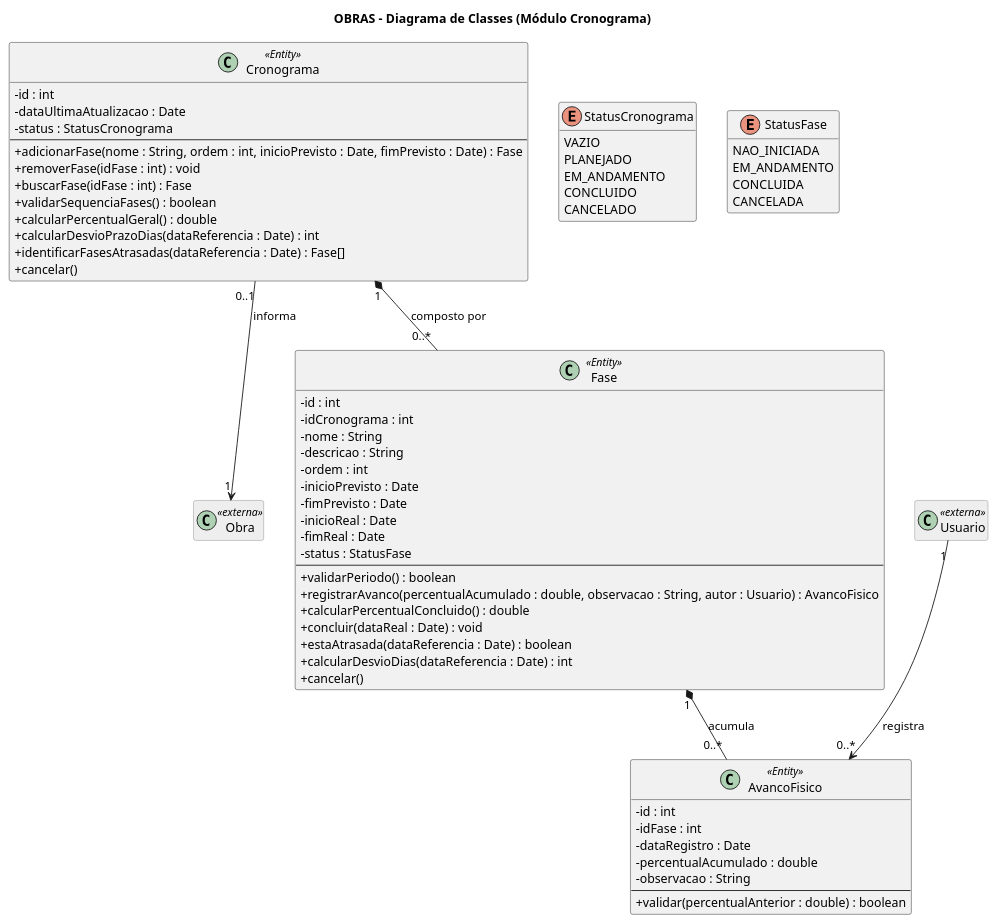
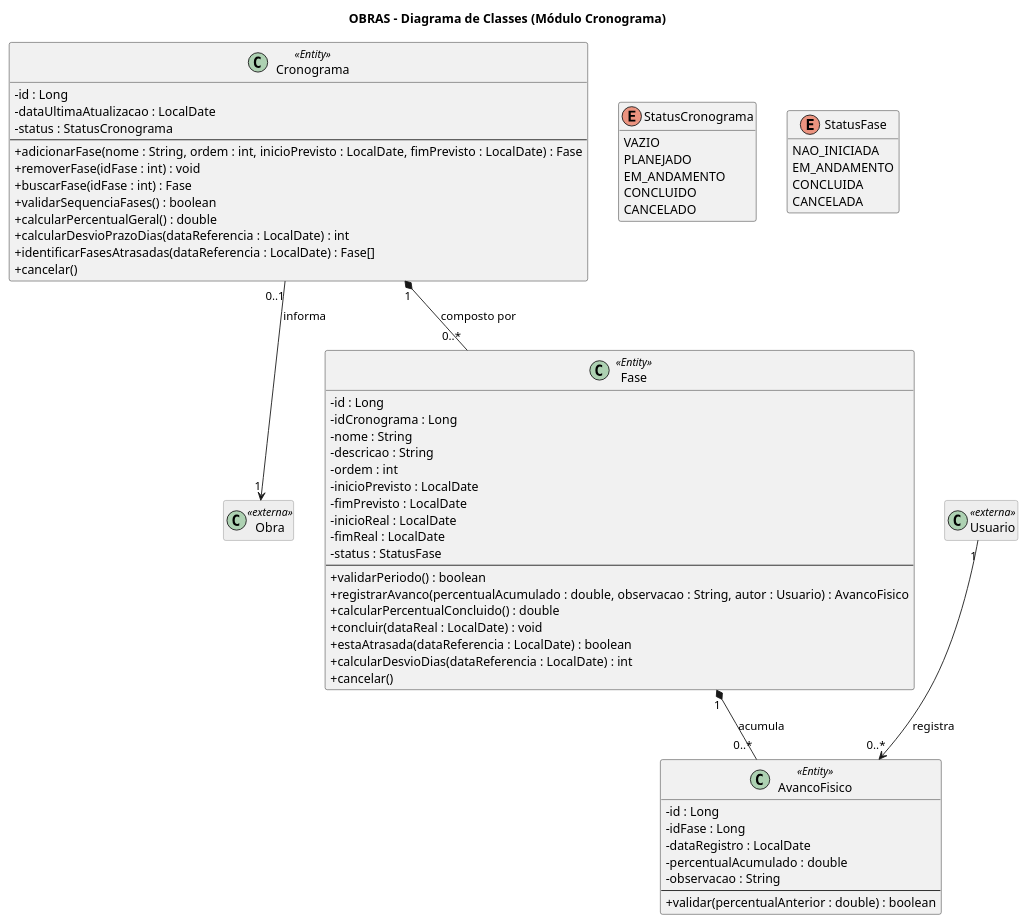
Before and after one commit to bernardoanobrega/oBRAS: the diagram in Diagramas de classe/Modulo_Cronograma/analysis-cronograma.puml, drawn with PlantUML.

Commit message:
docs(cronograma): ajuste do diagrama de classes
Id: int --> Long
Datas: Date --> LocalDate

```diff
--- a/Diagramas de classe/Modulo_Cronograma/analysis-cronograma.puml
+++ b/Diagramas de classe/Modulo_Cronograma/analysis-cronograma.puml
@@ -1,83 +1,83 @@
 @startuml cronograma-class-diagram
 title OBRAS - Diagrama de Classes (Módulo Cronograma)
 
 skinparam classAttributeIconSize 0
 skinparam ClassFontSize 14
 skinparam classBackgroundColor<<externa>> #EEEEEE
 skinparam classBorderColor<<externa>> #888888
 hide empty members
 
 ' ===== CLASSES EXTERNAS =====
 class Obra <<externa>>
 class Usuario <<externa>>
 
 ' ===== NÚCLEO =====
 class Cronograma <<Entity>> {
-  -id : int
-  -dataUltimaAtualizacao : Date
+  -id : Long
+  -dataUltimaAtualizacao : LocalDate
   -status : StatusCronograma
   --
-  +adicionarFase(nome : String, ordem : int, inicioPrevisto : Date, fimPrevisto : Date) : Fase
+  +adicionarFase(nome : String, ordem : int, inicioPrevisto : LocalDate, fimPrevisto : LocalDate) : Fase
   +removerFase(idFase : int) : void
   +buscarFase(idFase : int) : Fase
   +validarSequenciaFases() : boolean
   +calcularPercentualGeral() : double
-  +calcularDesvioPrazoDias(dataReferencia : Date) : int
-  +identificarFasesAtrasadas(dataReferencia : Date) : Fase[]
+  +calcularDesvioPrazoDias(dataReferencia : LocalDate) : int
+  +identificarFasesAtrasadas(dataReferencia : LocalDate) : Fase[]
   +cancelar()
 }
 
 class Fase <<Entity>> {
-  -id : int
-  -idCronograma : int
+  -id : Long
+  -idCronograma : Long
   -nome : String
   -descricao : String
   -ordem : int
-  -inicioPrevisto : Date
-  -fimPrevisto : Date
-  -inicioReal : Date
-  -fimReal : Date
+  -inicioPrevisto : LocalDate
+  -fimPrevisto : LocalDate
+  -inicioReal : LocalDate
+  -fimReal : LocalDate
   -status : StatusFase
   --
   +validarPeriodo() : boolean
   +registrarAvanco(percentualAcumulado : double, observacao : String, autor : Usuario) : AvancoFisico
   +calcularPercentualConcluido() : double
-  +concluir(dataReal : Date) : void
-  +estaAtrasada(dataReferencia : Date) : boolean
-  +calcularDesvioDias(dataReferencia : Date) : int
+  +concluir(dataReal : LocalDate) : void
+  +estaAtrasada(dataReferencia : LocalDate) : boolean
+  +calcularDesvioDias(dataReferencia : LocalDate) : int
   +cancelar()
 }
 
 class AvancoFisico <<Entity>> {
-  -id : int
-  -idFase : int
-  -dataRegistro : Date
+  -id : Long
+  -idFase : Long
+  -dataRegistro : LocalDate
   -percentualAcumulado : double
   -observacao : String
   --
   +validar(percentualAnterior : double) : boolean
 }
 
 ' ===== ENUMERAÇÕES =====
 enum StatusCronograma {
   VAZIO
   PLANEJADO
   EM_ANDAMENTO
   CONCLUIDO
   CANCELADO
 }
 
 enum StatusFase {
   NAO_INICIADA
   EM_ANDAMENTO
   CONCLUIDA
   CANCELADA
 }
 
 ' ===== RELAÇÕES =====
 Cronograma "0..1" --> "1" Obra : informa
 Cronograma "1" *-- "0..*" Fase : composto por
 Fase "1" *-- "0..*" AvancoFisico : acumula
 Usuario "1" --> "0..*" AvancoFisico : registra
 
 @enduml
```
